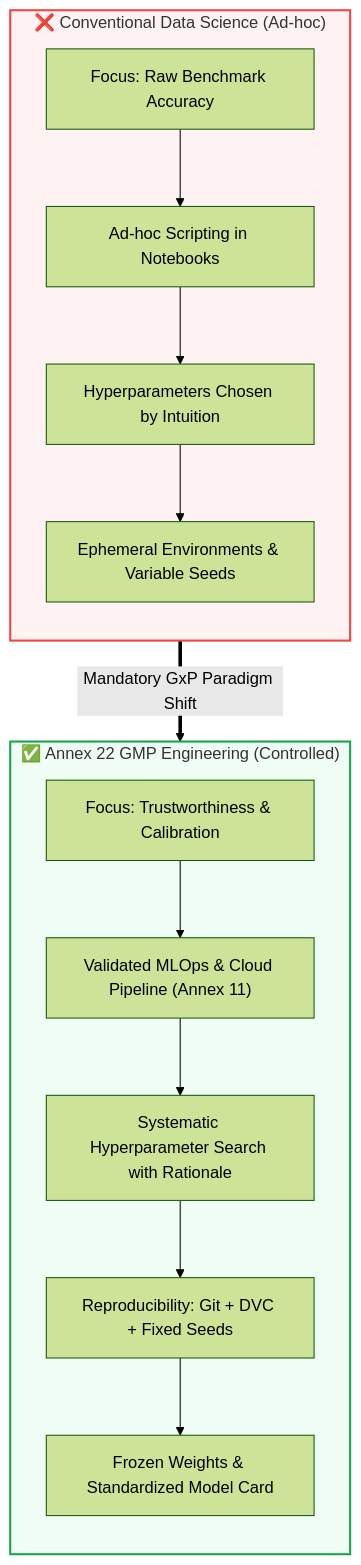
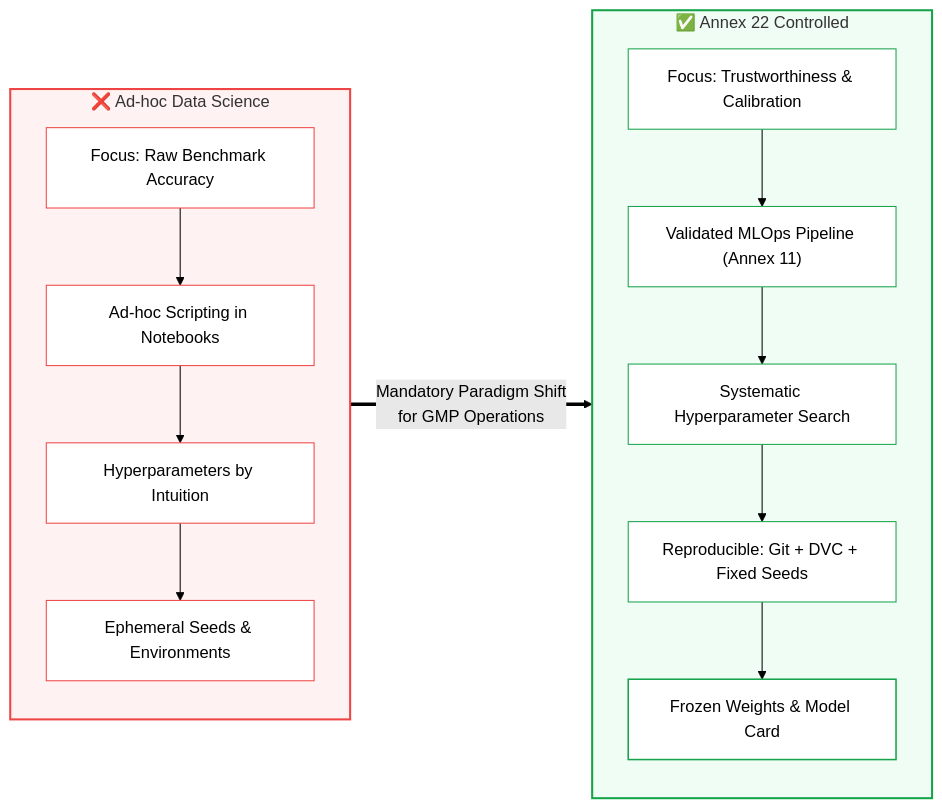
The diagram in docs/en/module_07_model_development_training.md (Lunaman06/Annex22), drawn with Mermaid (forest theme) before and after one commit. The commit also changed other lines of this file and 29 other files, not shown here.

Commit message:
style(docs): optimize mermaid diagram aspect ratios, edge flows and legibility across all DE and EN modules

````diff
--- a/docs/en/module_07_model_development_training.md
+++ b/docs/en/module_07_model_development_training.md
@@ -29,22 +29,35 @@
 ```mermaid
-flowchart TD
-    subgraph DS["❌ Conventional Data Science (Ad-hoc)"]
+flowchart LR
+    subgraph DS["❌ Ad-hoc Data Science"]
         direction TB
-        DS1["Focus: Raw Benchmark Accuracy"] --> DS2["Ad-hoc Scripting in Notebooks"]
-        DS2 --> DS3["Hyperparameters Chosen by Intuition"]
-        DS3 --> DS4["Ephemeral Environments & Variable Seeds"]
+        DS1["Focus: Raw Benchmark Accuracy"]
+        DS2["Ad-hoc Scripting in Notebooks"]
+        DS3["Hyperparameters by Intuition"]
+        DS4["Ephemeral Seeds & Environments"]
+        DS1 --> DS2 --> DS3 --> DS4
     end
 
-    DS ==>|Mandatory GxP Paradigm Shift| A22
+    subgraph A22["✅ Annex 22 Controlled"]
+        direction TB
+        G1["Focus: Trustworthiness & Calibration"]
+        G2["Validated MLOps Pipeline (Annex 11)"]
+        G3["Systematic Hyperparameter Search"]
+        G4["Reproducible: Git + DVC + Fixed Seeds"]
+        G5["Frozen Weights & Model Card"]
+        G1 --> G2 --> G3 --> G4 --> G5
+    end
 
-    subgraph A22["✅ Annex 22 GMP Engineering (Controlled)"]
-        direction TB
-        G1["Focus: Trustworthiness & Calibration"] --> G2["Validated MLOps & Cloud Pipeline (Annex 11)"]
-        G2 --> G3["Systematic Hyperparameter Search with Rationale"]
-        G3 --> G4["Reproducibility: Git + DVC + Fixed Seeds"]
-        G4 --> G5["Frozen Weights & Standardized Model Card"]
-    end
+    DS ==>|"Mandatory Paradigm Shift<br/>for GMP Operations"| A22
 
     style DS fill:#fef2f2,stroke:#ef4444,stroke-width:2px
     style A22 fill:#f0fdf4,stroke:#16a34a,stroke-width:2px
+    style DS1 fill:#ffffff,stroke:#ef4444,stroke-width:1px
+    style DS2 fill:#ffffff,stroke:#ef4444,stroke-width:1px
+    style DS3 fill:#ffffff,stroke:#ef4444,stroke-width:1px
+    style DS4 fill:#ffffff,stroke:#ef4444,stroke-width:1px
+    style G1 fill:#ffffff,stroke:#16a34a,stroke-width:1px
+    style G2 fill:#ffffff,stroke:#16a34a,stroke-width:1px
+    style G3 fill:#ffffff,stroke:#16a34a,stroke-width:1px
+    style G4 fill:#ffffff,stroke:#16a34a,stroke-width:1px
+    style G5 fill:#ffffff,stroke:#16a34a,stroke-width:1.5px
 ```
````
